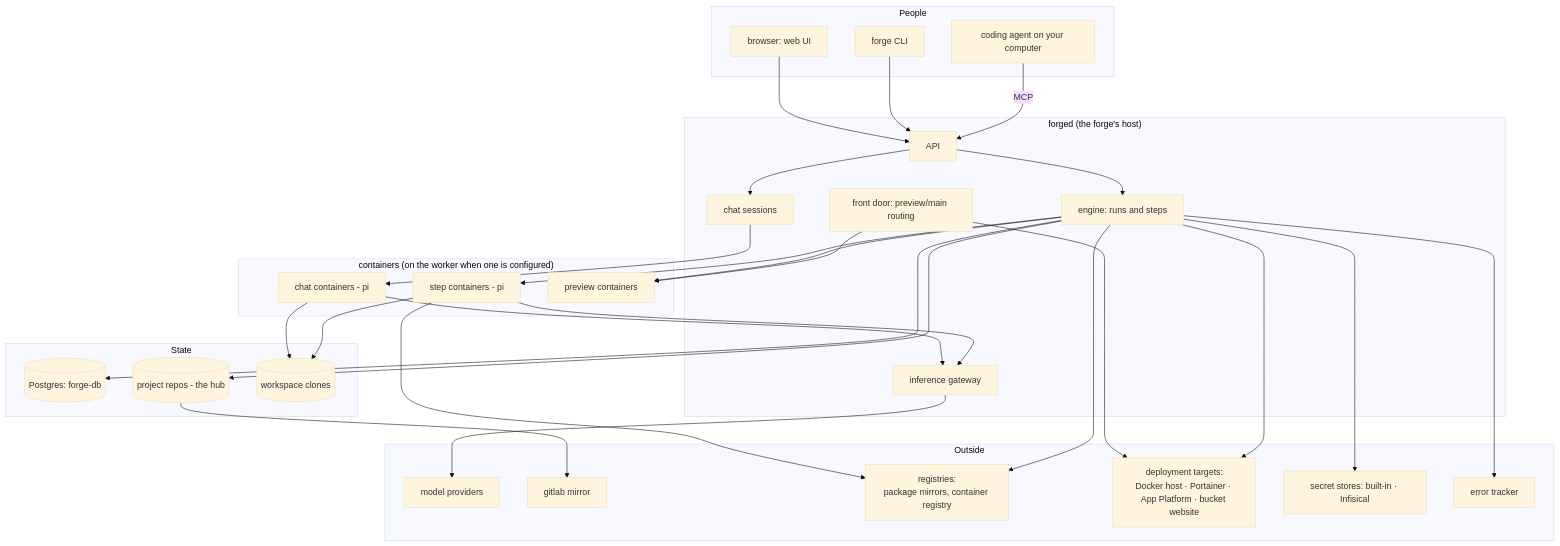
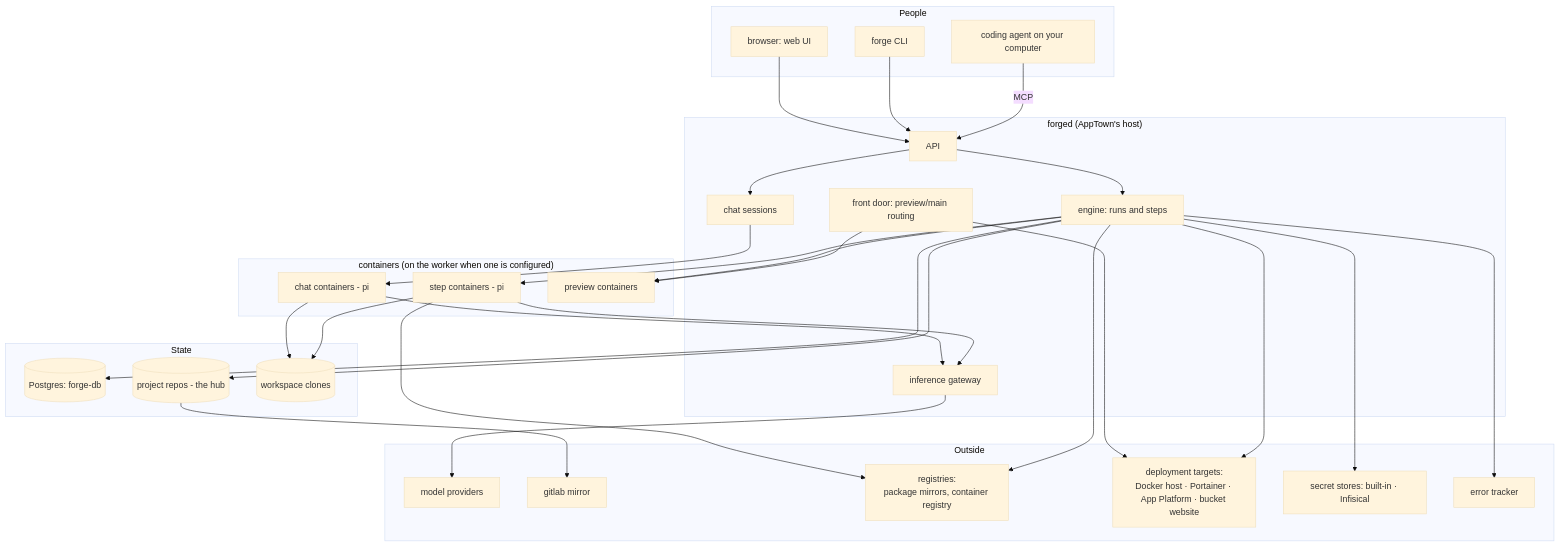
The first of 14 diagrams in stock/docs/guides/architecture.md (flokkit/apptown), drawn with Mermaid (base theme) before and after one commit. The commit also changed other lines of this file and 49 other files, not shown here.

````diff
--- a/stock/docs/guides/architecture.md
+++ b/stock/docs/guides/architecture.md
@@ -25,58 +25,58 @@
 ```mermaid
 flowchart TD
     subgraph People
         B[browser: web UI]
         C[forge CLI]
         AG[coding agent on your computer]
     end
-    subgraph forged["forged (the forge's host)"]
+    subgraph forged["forged (AppTown's host)"]
         API[API]
         ENG[engine: runs and steps]
         CON[chat sessions]
         VH[front door: preview/main routing]
         GW[inference gateway]
     end
     subgraph Containers["containers (on the worker when one is configured)"]
         CC[chat containers - pi]
         SC[step containers - pi]
         PV[preview containers]
     end
     subgraph State
         DB[(Postgres: forge-db)]
         HUB[(project repos - the hub)]
         WS[(workspace clones)]
     end
     subgraph Outside
         M[model providers]
         GL[gitlab mirror]
         NX[registries:
 package mirrors, container registry]
         TG[deployment targets:
 Docker host · Portainer · App Platform · bucket website]
         SS[secret stores: built-in · Infisical]
         ER[error tracker]
     end
     B --> API
     C --> API
     AG -->|MCP| API
     API --> ENG
     API --> CON
     ENG --> SC
     CON --> CC
     ENG --> PV
     VH --> PV
     VH --> TG
     ENG --> DB
     ENG --> HUB
     CC --> WS
     SC --> WS
     CC --> GW
     SC --> GW
     GW --> M
     HUB --> GL
     SC --> NX
     ENG --> NX
     ENG --> TG
     ENG --> SS
     ENG --> ER
 ```
````
